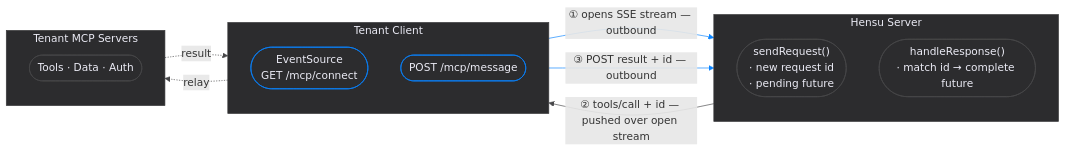
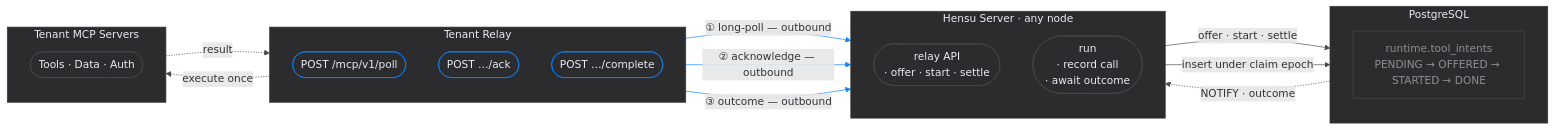
Before and after one commit to hensu-project/hensu: the second of 9 diagrams in docs/unified-architecture.md, drawn with Mermaid. The commit also changed other lines of this file and 224 other files, not shown here.

First line of the commit message:
feat(server)!: run several active nodes behind an ordinary load balancer (#109)

````diff
--- a/docs/unified-architecture.md
+++ b/docs/unified-architecture.md
@@ -128,37 +140,49 @@
 ```mermaid
 flowchart LR
-    subgraph client["Tenant Client"]
+    subgraph relay["Tenant Relay"]
         direction TB
-        es(["EventSource\nGET /mcp/connect"])
-        post(["POST /mcp/message"])
+        poll(["POST /mcp/v1/poll"])
+        ack(["POST …/ack"])
+        complete(["POST …/complete"])
     end
 
-    subgraph server["Hensu Server"]
+    subgraph server["Hensu Server · any node"]
         direction TB
-        send(["sendRequest()\n· new request id\n· pending future"])
-        handle(["handleResponse()\n· match id → complete future"])
+        api(["relay API\n· offer · start · settle"])
+        run(["run\n· record call\n· await outcome"])
+    end
+
+    subgraph db["PostgreSQL"]
+        direction TB
+        intents["runtime.tool_intents\nPENDING → OFFERED → STARTED → DONE"]
     end
 
     subgraph backends["Tenant MCP Servers"]
         direction TB
         tools(["Tools · Data · Auth"])
     end
 
-    es -->|"① opens SSE stream — outbound"| send
-    send -->|"② tools/call + id — pushed over open stream"| es
-    post -->|"③ POST result + id — outbound"| handle
-    es -.->|"relay"| tools
-    tools -.->|"result"| post
+    poll -->|"① long-poll — outbound"| api
+    ack -->|"② acknowledge — outbound"| api
+    complete -->|"③ outcome — outbound"| api
+    api -->|"offer · start · settle"| intents
+    run -->|"insert under claim epoch"| intents
+    intents -.->|"NOTIFY · outcome"| run
+    ack -.->|"execute once"| tools
+    tools -.->|"result"| complete
 
-    style client fill:#2c2c2e, stroke:#3a3a3c, color:#ebebf5, stroke-width:1px
+    style relay fill:#2c2c2e, stroke:#3a3a3c, color:#ebebf5, stroke-width:1px
     style server fill:#2c2c2e, stroke:#3a3a3c, color:#ebebf5, stroke-width:1px
+    style db fill:#2c2c2e, stroke:#3a3a3c, color:#ebebf5, stroke-width:1px
     style backends fill:#2c2c2e, stroke:#3a3a3c, color:#ebebf5, stroke-width:1px
-    style es fill:#2c2c2e, stroke:#0A84FF, color:#ebebf5, stroke-width:1px
-    style post fill:#2c2c2e, stroke:#0A84FF, color:#ebebf5, stroke-width:1px
-    style send fill:#2c2c2e, stroke:#48484a, color:#ebebf5, stroke-width:1px
-    style handle fill:#2c2c2e, stroke:#48484a, color:#ebebf5, stroke-width:1px
+    style poll fill:#2c2c2e, stroke:#0A84FF, color:#ebebf5, stroke-width:1px
+    style ack fill:#2c2c2e, stroke:#0A84FF, color:#ebebf5, stroke-width:1px
+    style complete fill:#2c2c2e, stroke:#0A84FF, color:#ebebf5, stroke-width:1px
+    style api fill:#2c2c2e, stroke:#48484a, color:#ebebf5, stroke-width:1px
+    style run fill:#2c2c2e, stroke:#48484a, color:#ebebf5, stroke-width:1px
+    style intents fill:#2c2c2e, stroke:#48484a, color:#8e8e93, stroke-width:1px
     style tools fill:#2c2c2e, stroke:#48484a, color:#ebebf5, stroke-width:1px
 
-    linkStyle 0,2 stroke:#0A84FF, stroke-width:1px
-    linkStyle 1,3,4 stroke:#48484a, stroke-width:1px
+    linkStyle 0,1,2 stroke:#0A84FF, stroke-width:1px
+    linkStyle 3,4,5,6,7 stroke:#48484a, stroke-width:1px
 ```
````
